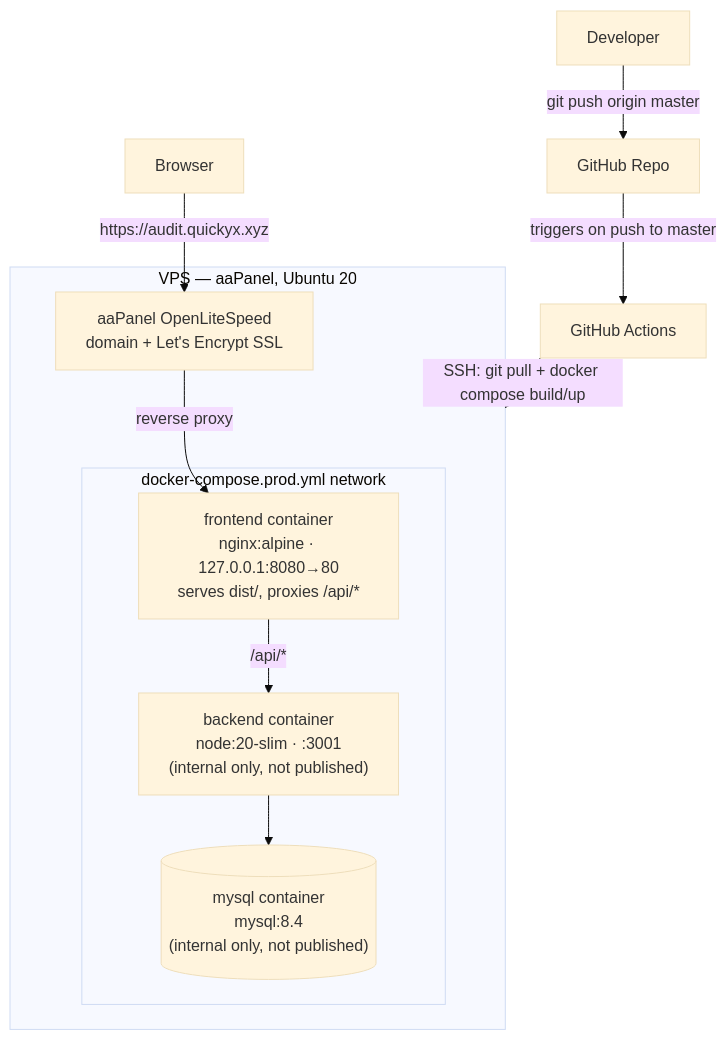
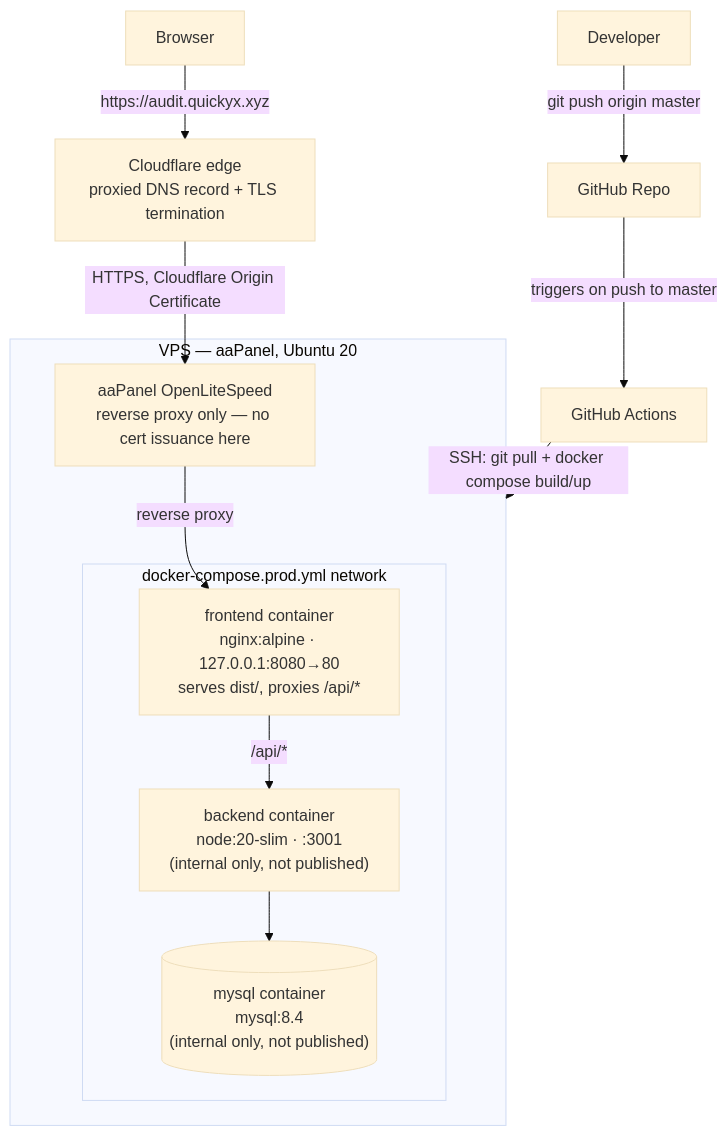
The diagram in DEPLOY.md (qtopup-dev/sales-auditor), drawn with Mermaid (base theme) before and after one commit. The commit also changed other lines of this file, not shown here.

First line of the commit message:
docs(deploy): document Cloudflare Origin Certificate flow instead of Let's Encrypt

````diff
--- a/DEPLOY.md
+++ b/DEPLOY.md
@@ -8,22 +8,23 @@
 ```mermaid
 flowchart TD
     Dev[Developer] -->|git push origin master| GH[GitHub Repo]
     GH -->|triggers on push to master| GA[GitHub Actions]
     GA -->|SSH: git pull + docker compose build/up| VPSHost
 
-    Browser[Browser] -->|https://audit.quickyx.xyz| OLS
+    Browser[Browser] -->|https://audit.quickyx.xyz| CF["Cloudflare edge<br/>proxied DNS record + TLS termination"]
+    CF -->|HTTPS, Cloudflare Origin Certificate| OLS
 
     subgraph VPSHost["VPS — aaPanel, Ubuntu 20"]
-        OLS["aaPanel OpenLiteSpeed<br/>domain + Let's Encrypt SSL"]
+        OLS["aaPanel OpenLiteSpeed<br/>reverse proxy only — no cert issuance here"]
 
         subgraph DockerNet["docker-compose.prod.yml network"]
             FE["frontend container<br/>nginx:alpine · 127.0.0.1:8080→80<br/>serves dist/, proxies /api/*"]
             BE["backend container<br/>node:20-slim · :3001<br/>(internal only, not published)"]
             DB[("mysql container<br/>mysql:8.4<br/>(internal only, not published)")]
         end
 
         OLS -->|reverse proxy| FE
         FE -->|/api/*| BE
         BE --> DB
     end
 ```
````
